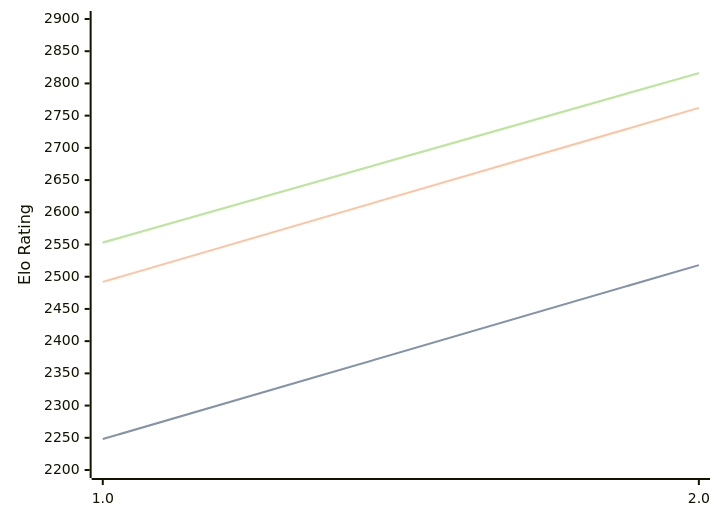
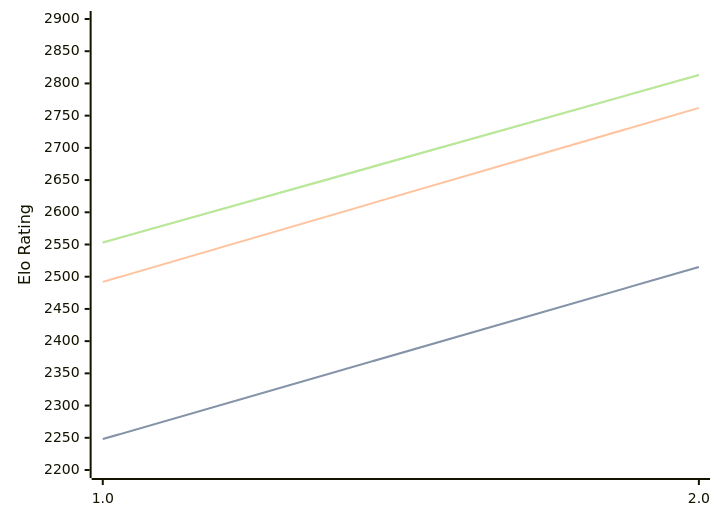
Before and after one commit to computer-chess-index/cci: the diagram in engines/Revolver.md, drawn with Mermaid. The commit also changed other lines of this file, not shown here.

Commit message:
Update CCI Ratings (ELO VLTC) - 2026-08-01

````diff
--- a/engines/Revolver.md
+++ b/engines/Revolver.md
@@ -32,11 +32,11 @@
 ```mermaid
 %%{init: {"theme":"base","themeVariables":{"seriesColors:['#a3a3a3','#222221','#faa371']}}}%%
 xychart-beta
   x-axis ["1.0", "2.0"]
   y-axis "Elo Rating" 2200 --> 2900
-  line "STC (8.0+0.08s)" [2248, 2518]
-  line "STC (8.0+0.08s)" [2248, 2518]
+  line "STC (8.0+0.08s)" [2248, 2515]
+  line "STC (8.0+0.08s)" [2248, 2515]
   line "LTC (60.0+0.60s)" [2492, 2762]
-  line "VLTC (2m24s+1.12s)" [2553, 2816]
-  line "VLTC (2m24s+1.12s)" [2553, 2816]
+  line "VLTC (2m24s+1.12s)" [2553, 2813]
+  line "VLTC (2m24s+1.12s)" [2553, 2813]
 ```
````
